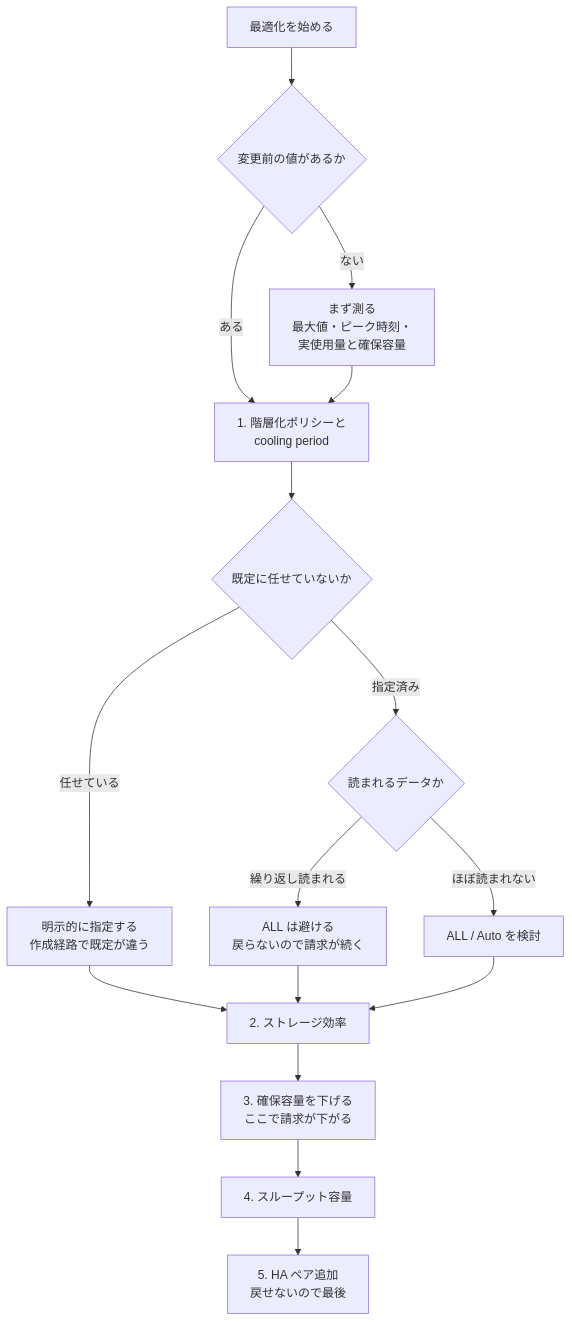
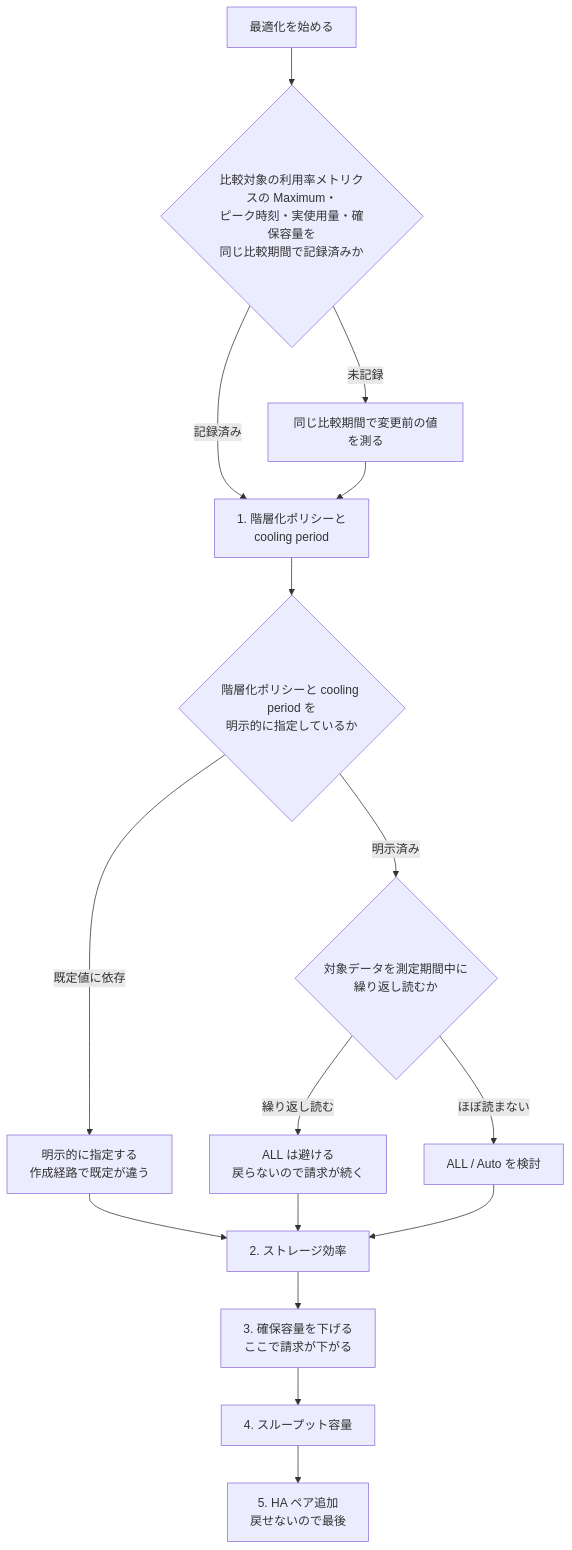
One commit to Yoshiki0705/FSx-for-ONTAP-Adoption-Playbook changed the diagram in docs/ja/playbooks/06-optimize/notes/tiering-defaults-differ-by-creation-method.md. Above: the diagram before and after it, drawn with Mermaid. The commit also changed other lines of this file and 257 other files, not shown here.

````diff
--- a/docs/ja/playbooks/06-optimize/notes/tiering-defaults-differ-by-creation-method.md
+++ b/docs/ja/playbooks/06-optimize/notes/tiering-defaults-differ-by-creation-method.md
@@ -134,21 +164,21 @@
 ```mermaid
 graph TD
-    A[最適化を始める] --> M{変更前の値があるか}
-    M -->|ない| MEAS[まず測る<br/>最大値・ピーク時刻・<br/>実使用量と確保容量]
-    M -->|ある| POL
+    A[最適化を始める] --> M{比較対象の利用率メトリクスの Maximum・<br/>ピーク時刻・実使用量・確保容量を<br/>同じ比較期間で記録済みか}
+    M -->|未記録| MEAS[同じ比較期間で変更前の値を測る]
+    M -->|記録済み| POL
 
     MEAS --> POL[1. 階層化ポリシーと<br/>cooling period]
-    POL --> CHECK{既定に任せていないか}
-    CHECK -->|任せている| EXPLICIT[明示的に指定する<br/>作成経路で既定が違う]
-    CHECK -->|指定済み| ACC{読まれるデータか}
+    POL --> CHECK{階層化ポリシーと cooling period を<br/>明示的に指定しているか}
+    CHECK -->|既定値に依存| EXPLICIT[明示的に指定する<br/>作成経路で既定が違う]
+    CHECK -->|明示済み| ACC{対象データを測定期間中に<br/>繰り返し読むか}
 
-    ACC -->|繰り返し読まれる| NOTALL["ALL は避ける<br/>戻らないので請求が続く"]
-    ACC -->|ほぼ読まれない| OKALL[ALL / Auto を検討]
+    ACC -->|繰り返し読む| NOTALL["ALL は避ける<br/>戻らないので請求が続く"]
+    ACC -->|ほぼ読まない| OKALL[ALL / Auto を検討]
 
     EXPLICIT --> EFF[2. ストレージ効率]
     NOTALL --> EFF
     OKALL --> EFF
     EFF --> SHRINK[3. 確保容量を下げる<br/>ここで請求が下がる]
     SHRINK --> TP[4. スループット容量]
     TP --> HA["5. HA ペア追加<br/>戻せないので最後"]
 ```
````
